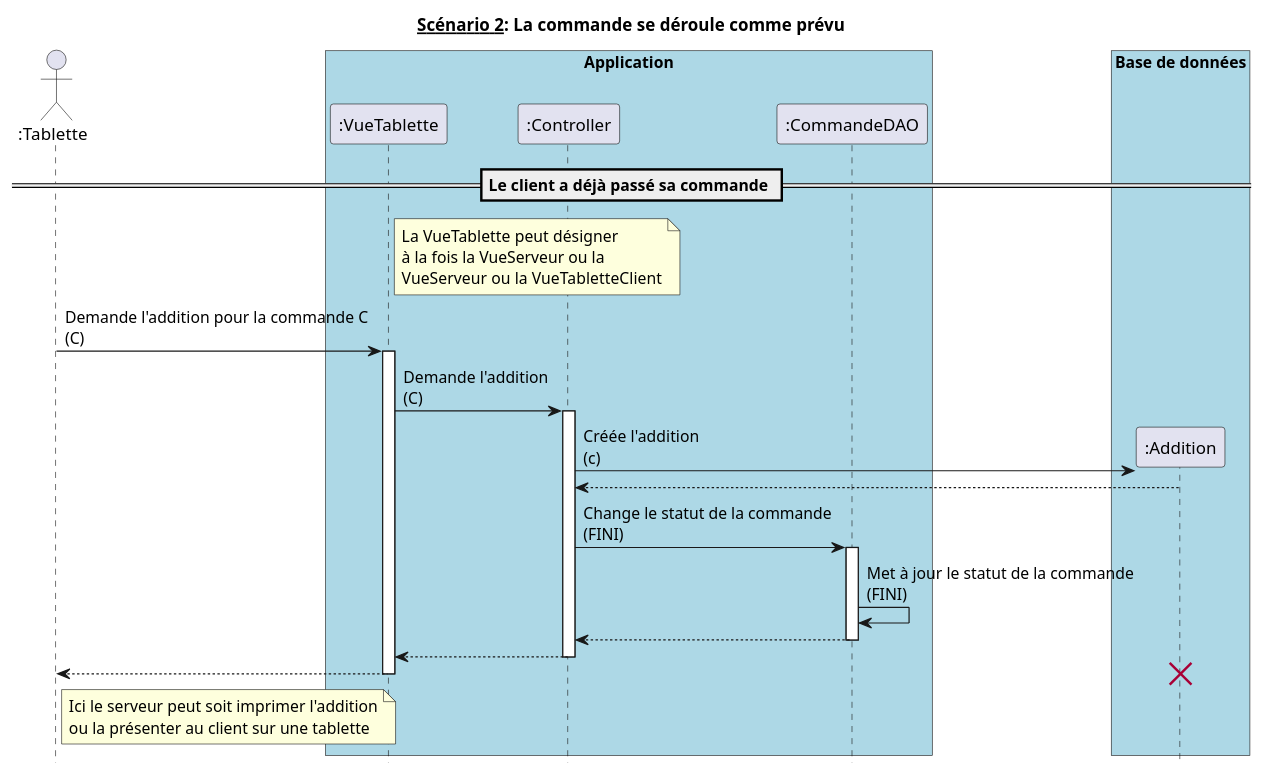
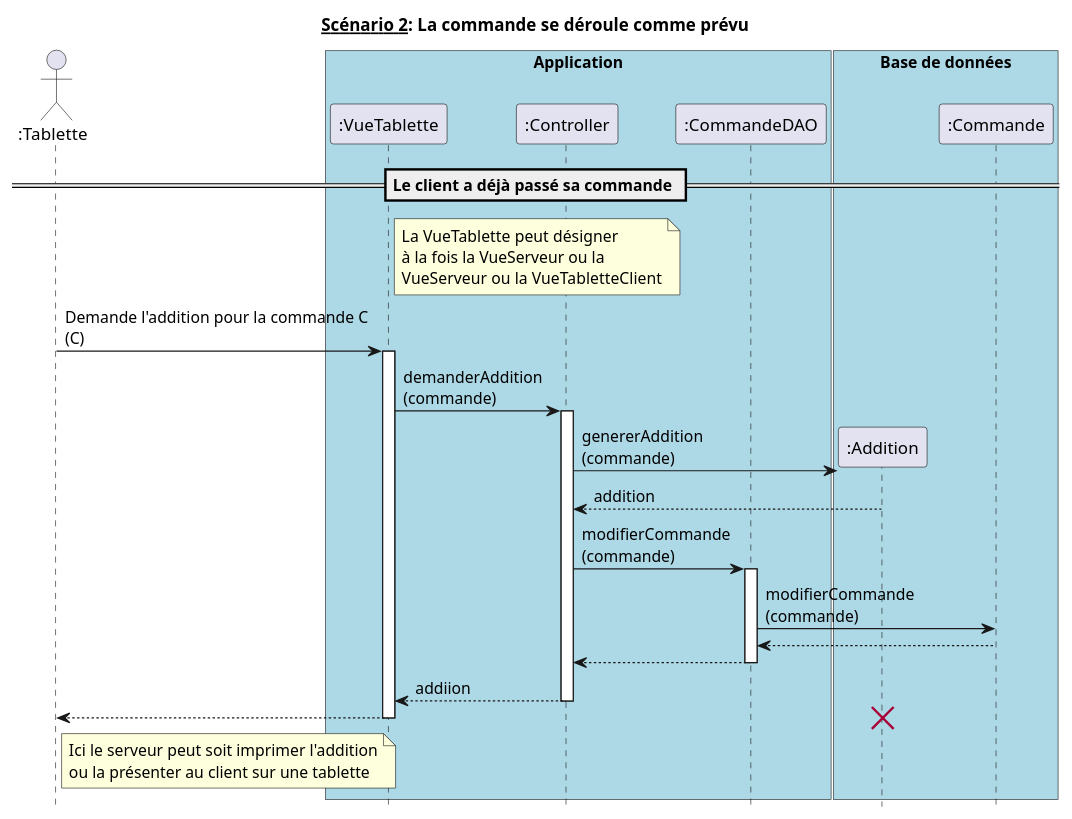
Before and after one commit to hulskenA/GL-Les_seigneurs_du_resto: the diagram in diagrammes_sequences_detailles/dss2.md, drawn with PlantUML.

Commit message:
Modification DSS détaillé 2

````diff
--- a/diagrammes_sequences_detailles/dss2.md
+++ b/diagrammes_sequences_detailles/dss2.md
@@ -1,55 +1,57 @@
 ```puml
 @startuml
 hide footbox
 title __Scénario 2__: La commande se déroule comme prévu
 
 actor ":Tablette" as Tablette order 10
 
 box "Application" #Lightblue
   participant ":VueTablette" as VueTablette order 30
   participant ":Controller" as Controller order 40
   participant ":CommandeDAO" as CommandeDAO order 60
 endbox
 
 box "Base de données" #Lightblue
   participant ":Addition" as Addition order 70
+  participant ":Commande" as Commande order 80
 endbox
 
 == Le client a déjà passé sa commande ==
 
 note right VueTablette
   La VueTablette peut désigner
   à la fois la VueServeur ou la
   VueServeur ou la VueTabletteClient
 end note
 
 Tablette -> VueTablette : Demande l'addition pour la commande C\n(C)
 activate VueTablette
 
-VueTablette -> Controller : Demande l'addition\n(C)
+VueTablette -> Controller : demanderAddition \n(commande)
 activate Controller
 
 create Addition
-Controller -> Addition : Créée l'addition\n(c)
-Controller <-- Addition
+Controller -> Addition : genererAddition\n(commande)
+Controller <-- Addition : addition
 
-Controller -> CommandeDAO : Change le statut de la commande\n(FINI)
+Controller -> CommandeDAO : modifierCommande\n(commande)
 activate CommandeDAO
-CommandeDAO -> CommandeDAO : Met à jour le statut de la commande\n(FINI)
+CommandeDAO -> Commande :  modifierCommande\n(commande)
+CommandeDAO <-- Commande
 CommandeDAO --> Controller
 deactivate CommandeDAO
 
-Controller --> VueTablette
+Controller --> VueTablette : addiion
 deactivate Controller
 
 VueTablette --> Tablette
 deactivate VueTablette
 
 note right Tablette
   Ici le serveur peut soit imprimer l'addition
   ou la présenter au client sur une tablette
 end note
 destroy Addition
 
 @enduml
 ```
````
